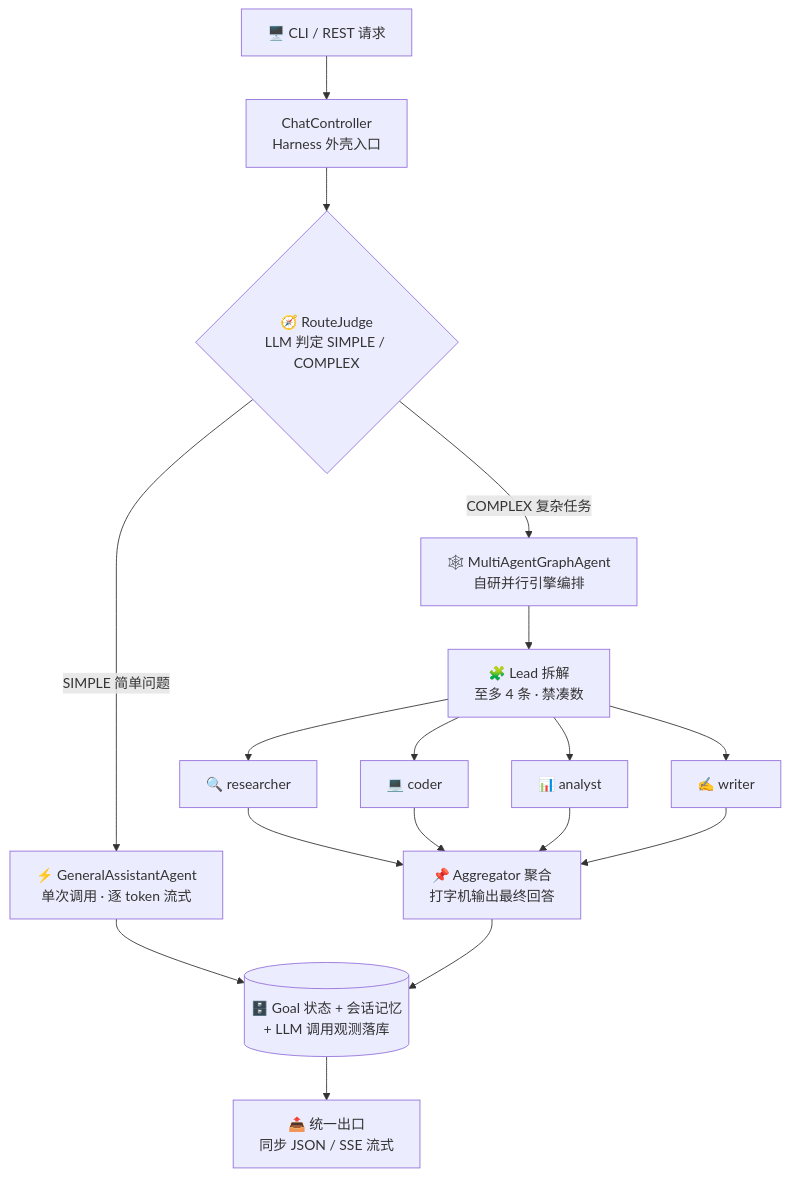
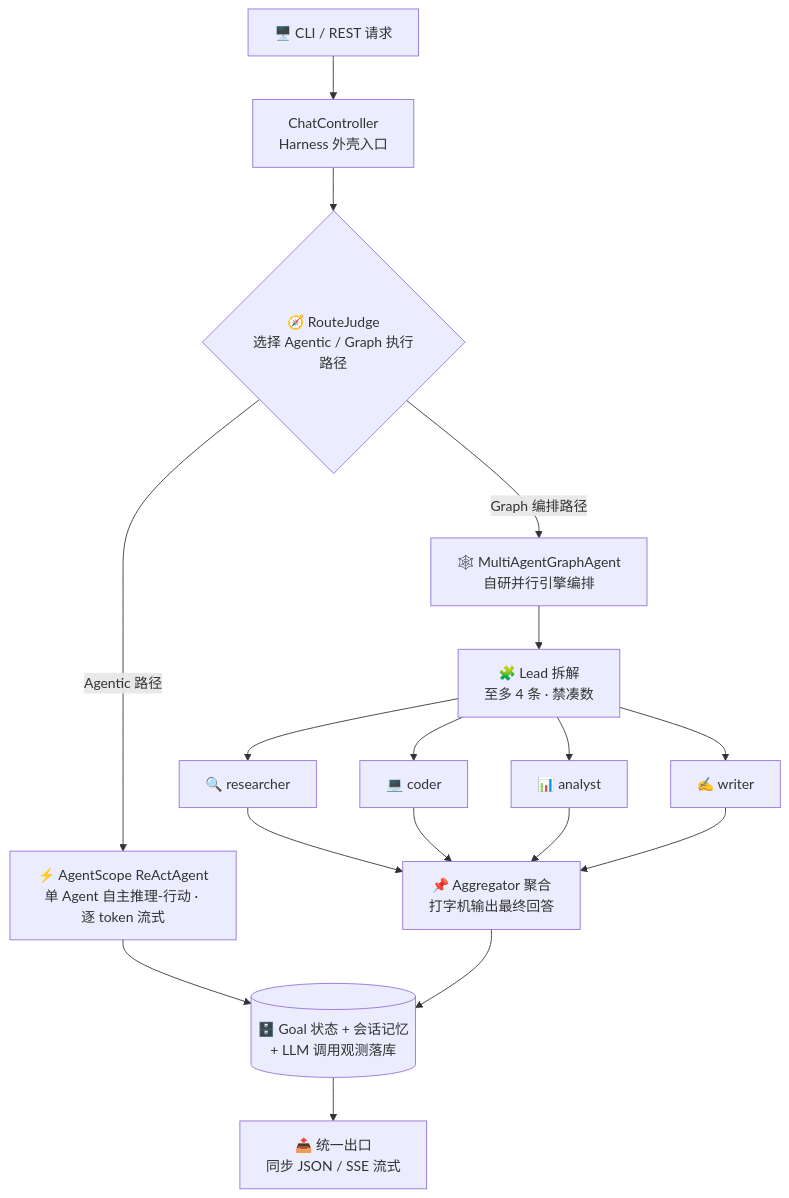
The diagram in docs/architecture.md (cxknotjj/Deerfect_harness), drawn with Mermaid before and after one commit. The commit also changed 20 other files, not shown here.

First line of the commit message:
docs: 统一 Agentic 与 Graph 双路径叙事

````diff
--- a/docs/architecture.md
+++ b/docs/architecture.md
@@ -7,16 +7,16 @@
 ```mermaid
 flowchart TD
     A[🖥️ CLI / REST 请求] --> B[ChatController<br/>Harness 外壳入口]
-    B --> C{🧭 RouteJudge<br/>LLM 判定 SIMPLE / COMPLEX}
-    C -->|SIMPLE 简单问题| D[⚡ GeneralAssistantAgent<br/>单次调用 · 逐 token 流式]
-    C -->|COMPLEX 复杂任务| E[🕸️ MultiAgentGraphAgent<br/>自研并行引擎编排]
+    B --> C{🧭 RouteJudge<br/>选择 Agentic / Graph 执行路径}
+    C -->|Agentic 路径| D[⚡ AgentScope ReActAgent<br/>单 Agent 自主推理-行动 · 逐 token 流式]
+    C -->|Graph 编排路径| E[🕸️ MultiAgentGraphAgent<br/>自研并行引擎编排]
     E --> F[🧩 Lead 拆解<br/>至多 4 条 · 禁凑数]
     F --> G1[🔍 researcher]
     F --> G2[💻 coder]
     F --> G3[📊 analyst]
     F --> G4[✍️ writer]
     G1 & G2 & G3 & G4 --> H[📌 Aggregator 聚合<br/>打字机输出最终回答]
     D --> I[(🗄️ Goal 状态 + 会话记忆<br/>+ LLM 调用观测落库)]
     H --> I
     I --> J[📤 统一出口<br/>同步 JSON / SSE 流式]
 ```
````
